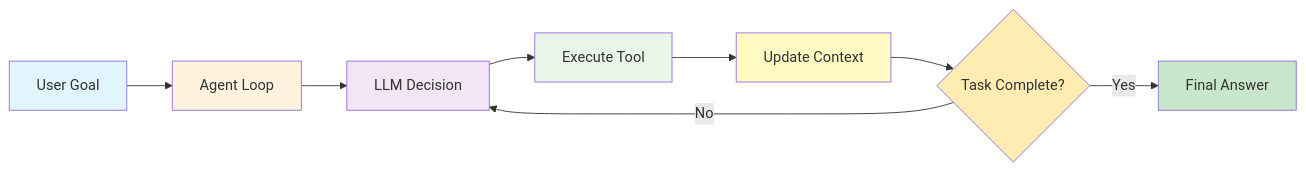
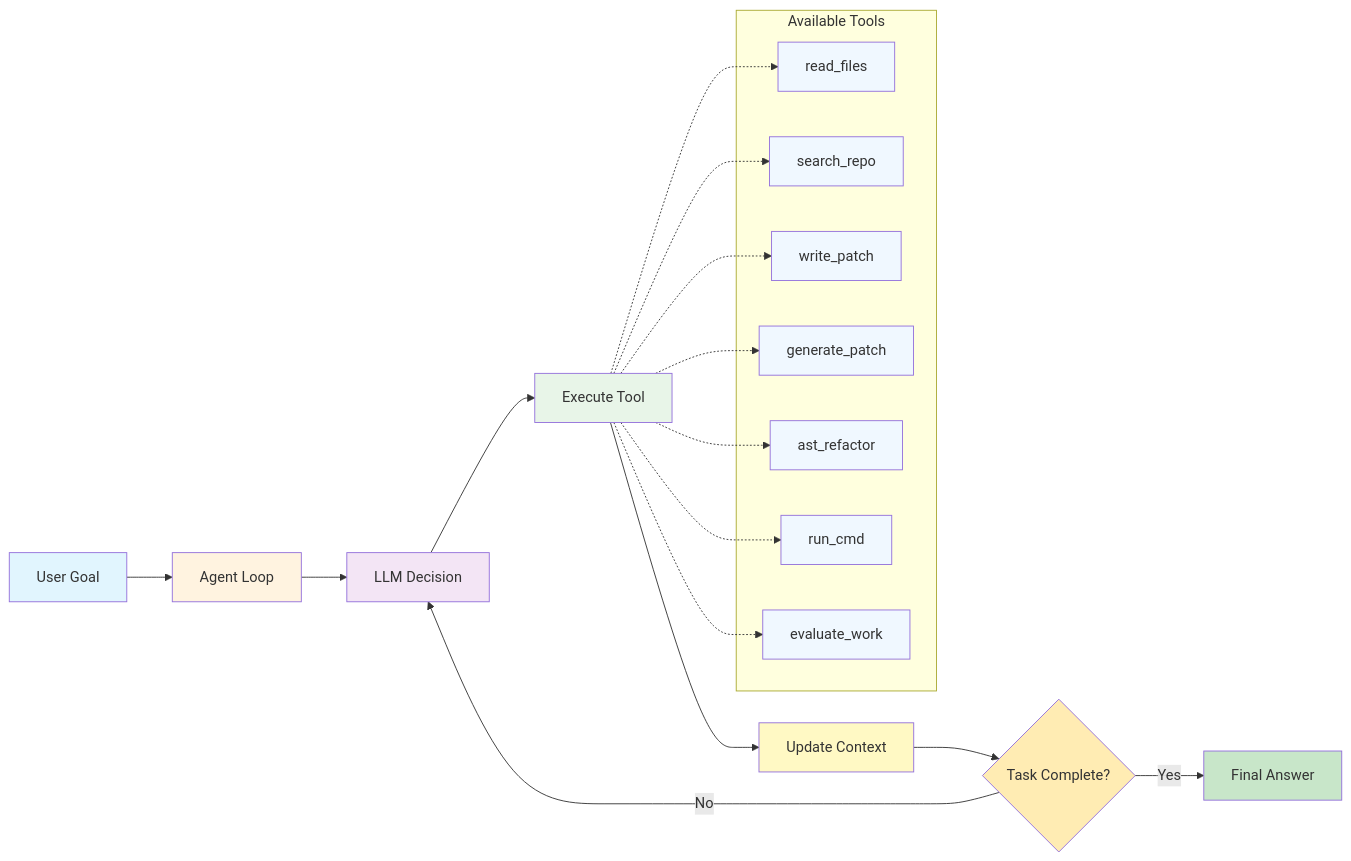
One commit to devhelpr/agent-loop changed the first of 6 diagrams in readme.md. Above: the diagram before and after it, drawn with Mermaid. The commit also changed other lines of this file and 13 other files, not shown here.

First line of the commit message:
Add AST-based refactoring and patch generation features

````diff
--- a/readme.md
+++ b/readme.md
@@ -28,18 +32,43 @@
 ```mermaid
 flowchart LR
     A[User Goal] --> B[Agent Loop]
     B --> C[LLM Decision]
     C --> D[Execute Tool]
     D --> E[Update Context]
     E --> F{Task Complete?}
     F -->|No| C
     F -->|Yes| G[Final Answer]
     
+    subgraph "Available Tools"
+        H[read_files]
+        I[search_repo]
+        J[write_patch]
+        K[generate_patch]
+        L[ast_refactor]
+        M[run_cmd]
+        N[evaluate_work]
+    end
+    
+    D -.-> H
+    D -.-> I
+    D -.-> J
+    D -.-> K
+    D -.-> L
+    D -.-> M
+    D -.-> N
+    
     style A fill:#e1f5fe
     style B fill:#fff3e0
     style C fill:#f3e5f5
     style D fill:#e8f5e8
     style E fill:#fff9c4
     style F fill:#ffecb3
     style G fill:#c8e6c9
+    style H fill:#f0f8ff
+    style I fill:#f0f8ff
+    style J fill:#f0f8ff
+    style K fill:#f0f8ff
+    style L fill:#f0f8ff
+    style M fill:#f0f8ff
+    style N fill:#f0f8ff
 ```
````
